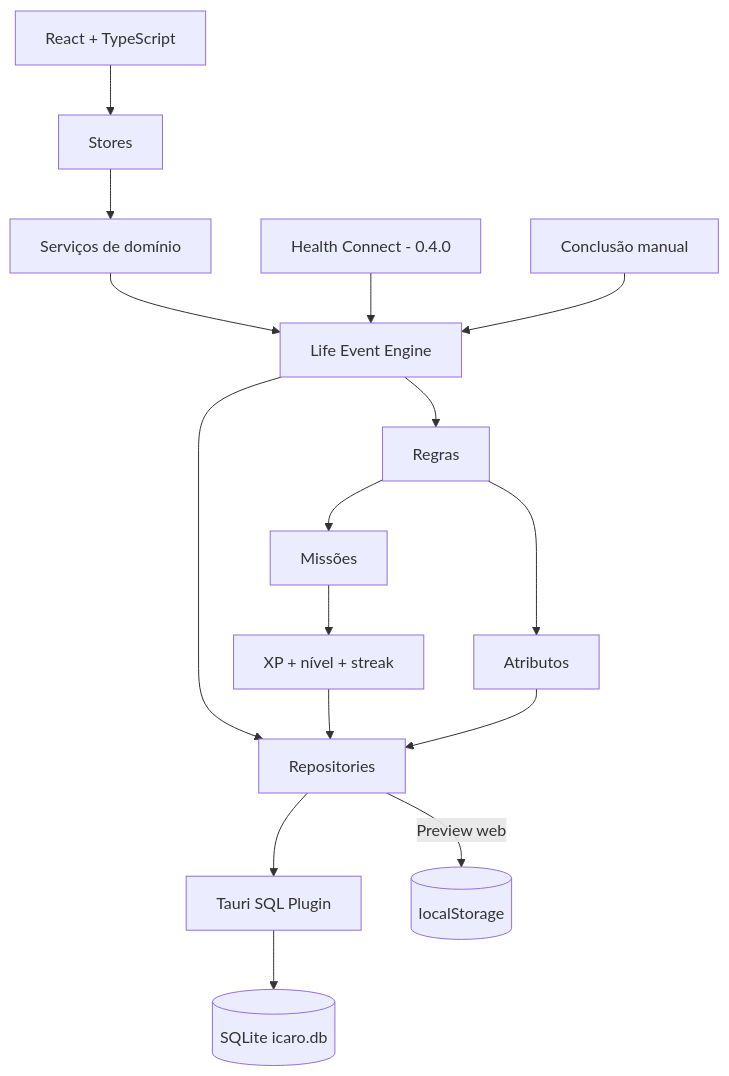
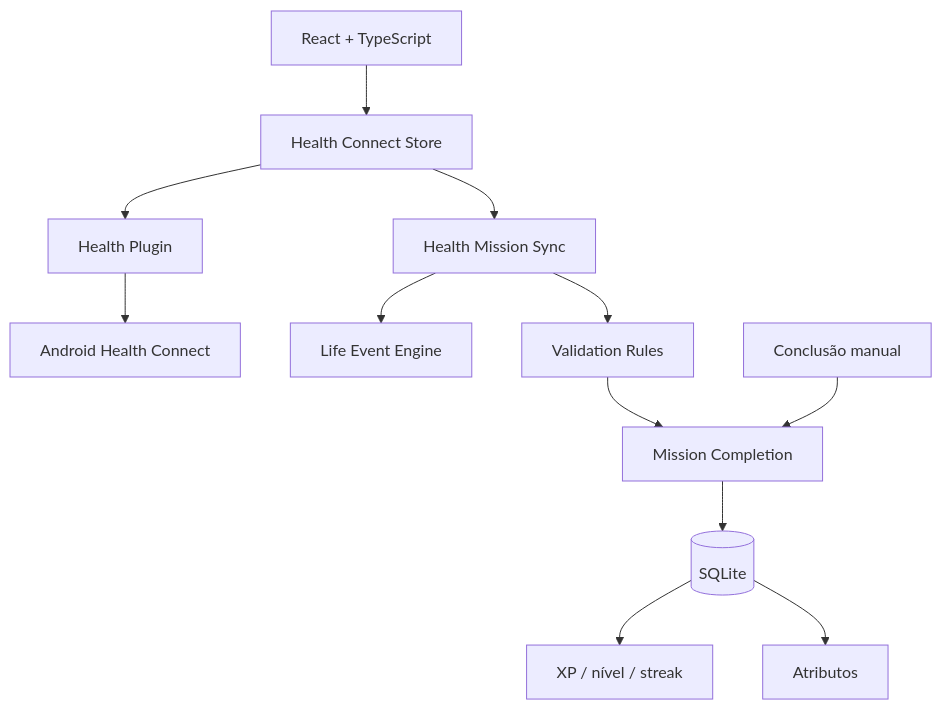
The second of 2 diagrams in README.md (tombemol/I.C.A.R.O), drawn with Mermaid before and after one commit. The commit also changed other lines of this file and 9 other files, not shown here.

````diff
--- a/README.md
+++ b/README.md
@@ -91,24 +75,17 @@
 ```mermaid
 flowchart TD
-  UI[React + TypeScript] --> STORES[Stores]
-  STORES --> SERVICES[Serviços de domínio]
+  UI[React + TypeScript] --> HSTORE[Health Connect Store]
+  HSTORE --> HAPI[Health Plugin]
+  HAPI --> HC[Android Health Connect]
 
-  SERVICES --> EVENT[Life Event Engine]
-  EVENT --> RULES[Regras]
-  RULES --> ATTR[Atributos]
-  RULES --> QUEST[Missões]
+  HSTORE --> SYNC[Health Mission Sync]
+  SYNC --> EVENTS[Life Event Engine]
+  SYNC --> RULES[Validation Rules]
+  RULES --> COMPLETION[Mission Completion]
 
-  QUEST --> PROGRESS[XP + nível + streak]
+  COMPLETION --> DB[(SQLite)]
+  DB --> PROGRESS[XP / nível / streak]
+  DB --> ATTR[Atributos]
 
-  EVENT --> REPO[Repositories]
-  PROGRESS --> REPO
-  ATTR --> REPO
-
-  REPO --> SQL["Tauri SQL Plugin"]
-  SQL --> DB[(SQLite icaro.db)]
-
-  HC[Health Connect - 0.4.0] --> EVENT
-  MANUAL[Conclusão manual] --> EVENT
-
-  REPO -->|Preview web| LS[(localStorage)]
+  MANUAL[Conclusão manual] --> COMPLETION
 ```
````
